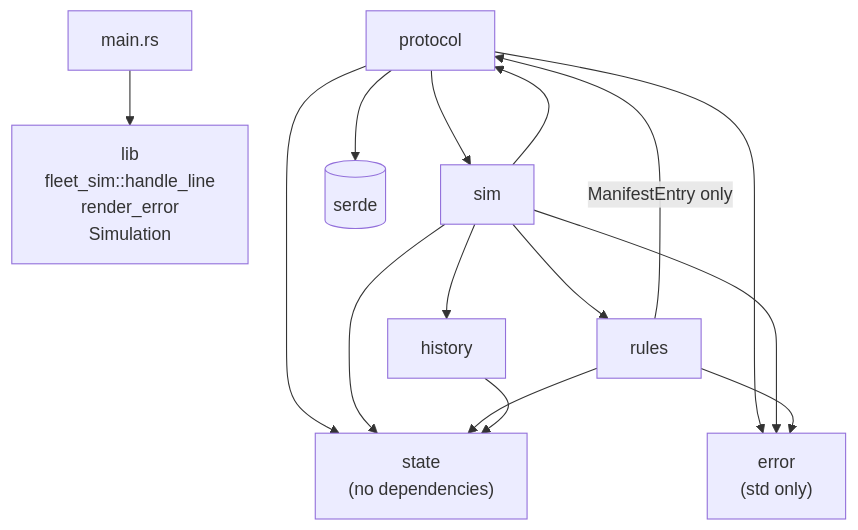
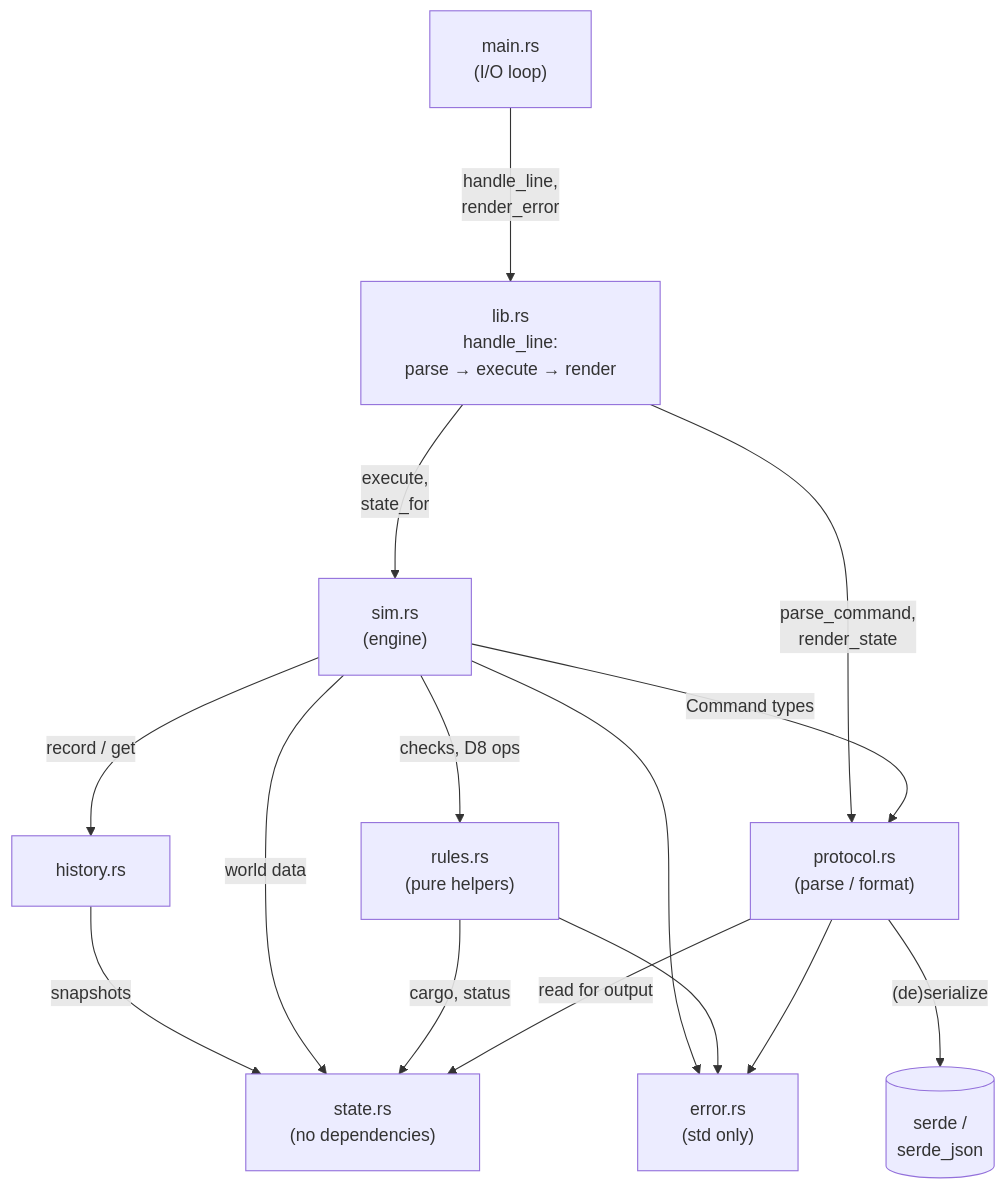
One commit to michaeljohndan/fleet-sim changed the first of 2 diagrams in docs/DESIGN.md. Above: the diagram before and after it, drawn with Mermaid. The commit also changed other lines of this file, not shown here.

````diff
--- a/docs/DESIGN.md
+++ b/docs/DESIGN.md
@@ -296,24 +296,32 @@
 ```mermaid
+%%{init: {"flowchart": {"nodeSpacing": 80, "rankSpacing": 110, "curve": "basis", "padding": 20}}}%%
 flowchart TD
-    main["main.rs"] --> lib["lib<br/>fleet_sim::handle_line<br/>render_error<br/>Simulation"]
+    main["main.rs<br/>(I/O loop)"]
+    lib["lib.rs<br/>handle_line:<br/>parse → execute → render"]
+    sim["sim.rs<br/>(engine)"]
+    history["history.rs"]
+    rules["rules.rs<br/>(pure helpers)"]
+    protocol["protocol.rs<br/>(parse / format)"]
+    state["state.rs<br/>(no dependencies)"]
+    error["error.rs<br/>(std only)"]
+    serde[("serde /<br/>serde_json")]
 
-    protocol --> sim
-    protocol --> state
+    main -->|"handle_line,<br/>render_error"| lib
+    lib -->|"execute,<br/>state_for"| sim
+    lib -->|"parse_command,<br/>render_state"| protocol
+
+    sim -->|"record / get"| history
+    sim -->|"checks, D8 ops"| rules
+    sim -->|"Command types"| protocol
+
+    history -->|"snapshots"| state
+    sim -->|"world data"| state
+    rules -->|"cargo, status"| state
+    protocol -->|"read for output"| state
+
+    sim --> error
+    rules --> error
     protocol --> error
-    protocol --> serde[("serde")]
 
-    sim --> protocol
-    sim --> rules
-    sim --> state
-    sim --> history
-    sim --> error
-
-    rules -->|"ManifestEntry only"| protocol
-    rules --> state
-    rules --> error
-
-    history --> state
-
-    error["error<br/>(std only)"]
-    state["state<br/>(no dependencies)"]
+    protocol -->|"(de)serialize"| serde
 ```
````
